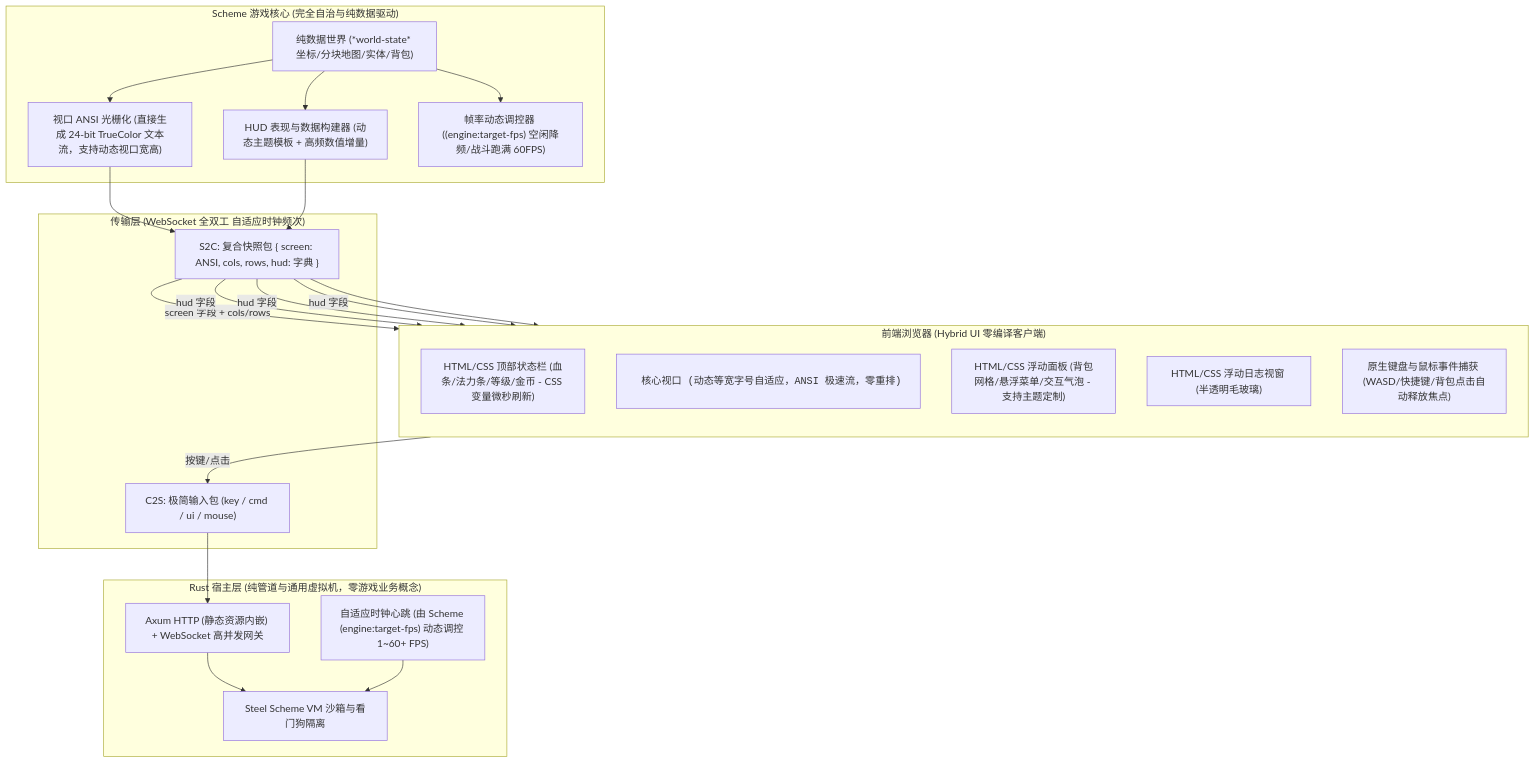
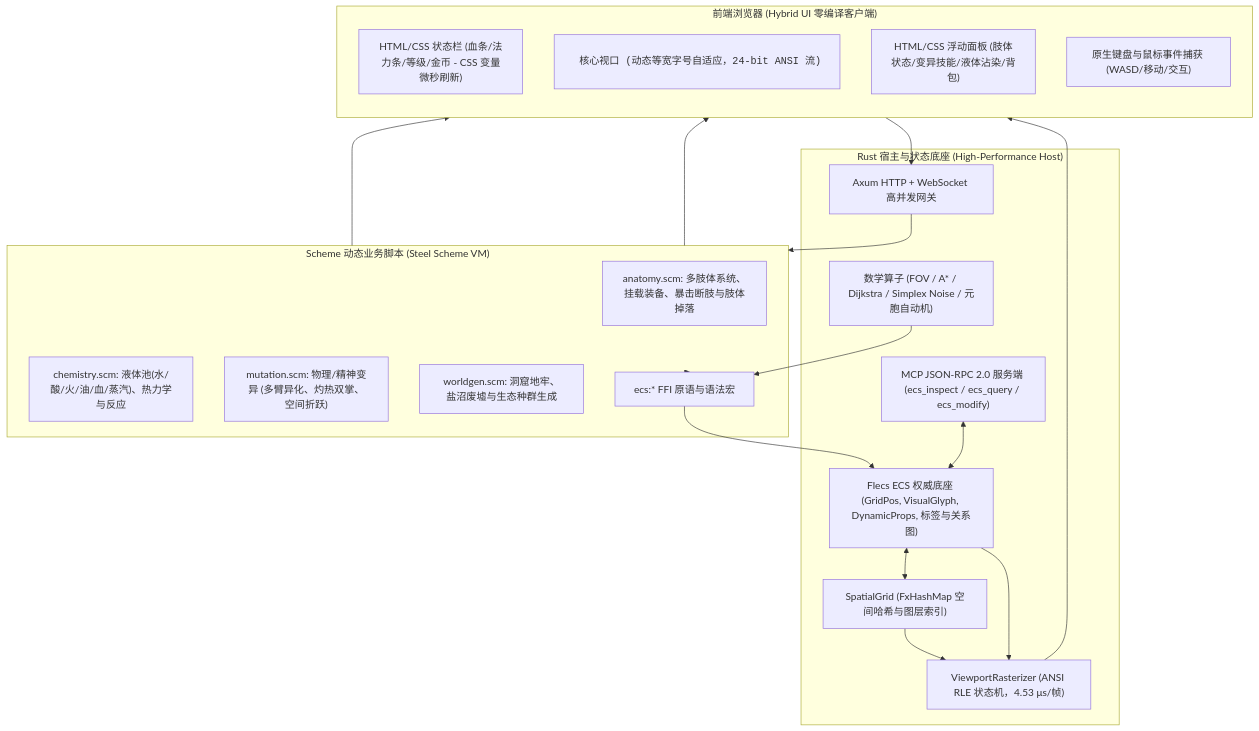
One commit to ouut/TextCraft changed the diagram in README.md. Above: the diagram before and after it, drawn with Mermaid. The commit also changed other lines of this file and 10 other files, not shown here.

````diff
--- a/README.md
+++ b/README.md
@@ -15,39 +16,37 @@
 ```mermaid
 flowchart TD
     subgraph Client["前端浏览器 (Hybrid UI 零编译客户端)"]
         direction TB
-        HUD_Top["HTML/CSS 顶部状态栏 (血条/法力条/等级/金币 - CSS 变量微秒刷新)"]
-        PreScreen["<pre id='screen'> 核心视口 (动态等宽字号自适应，ANSI 极速流，零重排)"]
-        HUD_Sides["HTML/CSS 浮动面板 (背包网格/悬浮菜单/交互气泡 - 支持主题定制)"]
-        HUD_Log["HTML/CSS 浮动日志视窗 (半透明毛玻璃)"]
-        InputHandler["原生键盘与鼠标事件捕获 (WASD/快捷键/背包点击自动释放焦点)"]
+        HUD_Top["HTML/CSS 状态栏 (血条/法力条/等级/金币 - CSS 变量微秒刷新)"]
+        PreScreen["<pre id='screen'> 核心视口 (动态等宽字号自适应，24-bit ANSI 流)"]
+        HUD_Sides["HTML/CSS 浮动面板 (肢体状态/变异技能/液体沾染/背包)"]
+        InputHandler["原生键盘与鼠标事件捕获 (WASD/移动/交互)"]
     end
 
-    subgraph Transport["传输层 (WebSocket 全双工 自适应时钟频次)"]
-        C2S["C2S: 极简输入包 (key / cmd / ui / mouse)"]
-        S2C["S2C: 复合快照包 { screen: ANSI, cols, rows, hud: 字典 }"]
+    subgraph Host["Rust 宿主与状态底座 (High-Performance Host)"]
+        Gateway["Axum HTTP + WebSocket 高并发网关"]
+        MCP["MCP JSON-RPC 2.0 服务端 (ecs_inspect / ecs_query / ecs_modify)"]
+        Flecs["Flecs ECS 权威底座 (GridPos, VisualGlyph, DynamicProps, 标签与关系图)"]
+        Spatial["SpatialGrid (FxHashMap 空间哈希与图层索引)"]
+        Rasterizer["ViewportRasterizer (ANSI RLE 状态机，4.53 μs/帧)"]
+        Operators["数学算子 (FOV / A* / Dijkstra / Simplex Noise / 元胞自动机)"]
+        Flecs <--> Spatial
+        Spatial --> Rasterizer
     end
 
-    subgraph Host["Rust 宿主层 (纯管道与通用虚拟机，零游戏业务概念)"]
-        Gateway["Axum HTTP (静态资源内嵌) + WebSocket 高并发网关"]
-        Timer["自适应时钟心跳 (由 Scheme (engine:target-fps) 动态调控 1~60+ FPS)"]
-        VM["Steel Scheme VM 沙箱与看门狗隔离"]
-        Gateway --> VM
-        Timer --> VM
+    subgraph Logic["Scheme 动态业务脚本 (Steel Scheme VM)"]
+        Anatomy["anatomy.scm: 多肢体系统、挂载装备、暴击断肢与肢体掉落"]
+        Chemistry["chemistry.scm: 液体池(水/酸/火/油/血/蒸汽)、热力学与反应"]
+        Mutation["mutation.scm: 物理/精神变异 (多臂异化、灼热双掌、空间折跃)"]
+        WorldGen["worldgen.scm: 洞窟地牢、盐沼废墟与生态种群生成"]
+        LogicFFI["ecs:* FFI 原语与语法宏"]
     end
 
-    subgraph Logic["Scheme 游戏核心 (完全自治与纯数据驱动)"]
-        World["纯数据世界 (*world-state* 坐标/分块地图/实体/背包)"]
-        Rasterizer["视口 ANSI 光栅化 (直接生成 24-bit TrueColor 文本流，支持动态视口宽高)"]
-        HUDBuilder["HUD 表现与数据构建器 (动态主题模板 + 高频数值增量)"]
-        FPSControl["帧率动态调控器 ((engine:target-fps) 空闲降频/战斗跑满 60FPS)"]
-        World --> Rasterizer
-        World --> HUDBuilder
-        World --> FPSControl
-    end
-
-    InputHandler -->|按键/点击| C2S --> Gateway
-    Rasterizer & HUDBuilder --> S2C --> Client
-    S2C -->|screen 字段 + cols/rows| PreScreen
-    S2C -->|hud 字段| HUD_Top & HUD_Sides & HUD_Log
+    InputHandler --> Gateway
+    Gateway --> Logic
+    Logic --> LogicFFI --> Flecs
+    Operators --> LogicFFI
+    Flecs --> Rasterizer --> PreScreen
+    Logic --> HUD_Top & HUD_Sides
+    MCP <--> Flecs
 ```
````
